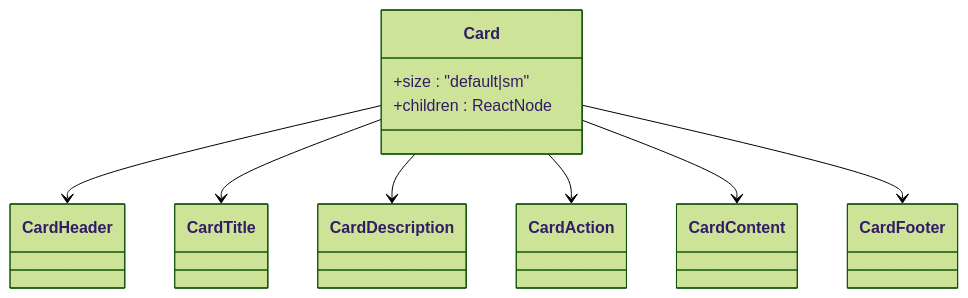
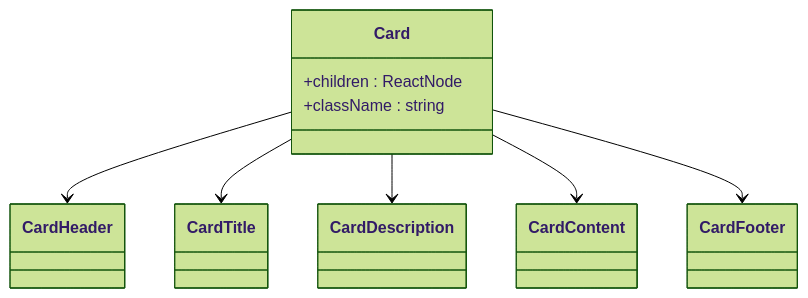
Before and after one commit to MudassarAbrar/FreshRoute-Ai: the fourth of 5 diagrams in .qoder/repowiki/en/content/Core Components/Shadcn UI Component Library.md, drawn with Mermaid (forest theme). The commit also changed other lines of this file and 10 other files, not shown here.

````diff
--- a/.qoder/repowiki/en/content/Core Components/Shadcn UI Component Library.md
+++ b/.qoder/repowiki/en/content/Core Components/Shadcn UI Component Library.md
@@ -175,19 +165,17 @@
 ```mermaid
 classDiagram
 class Card {
-+size : "default|sm"
 +children : ReactNode
++className : string
 }
 class CardHeader
 class CardTitle
 class CardDescription
-class CardAction
 class CardContent
 class CardFooter
 Card --> CardHeader
 Card --> CardTitle
 Card --> CardDescription
-Card --> CardAction
 Card --> CardContent
 Card --> CardFooter
 ```
````
